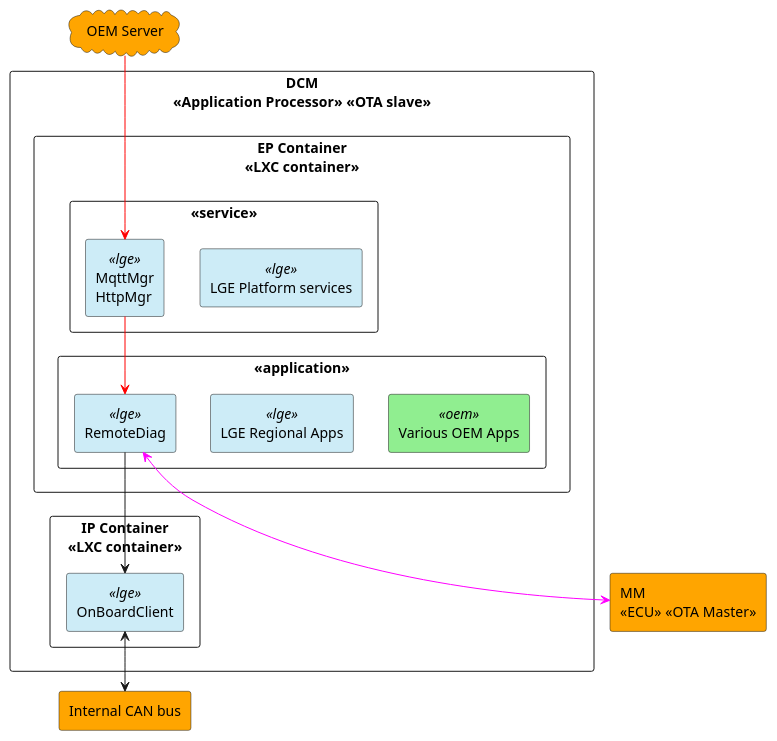
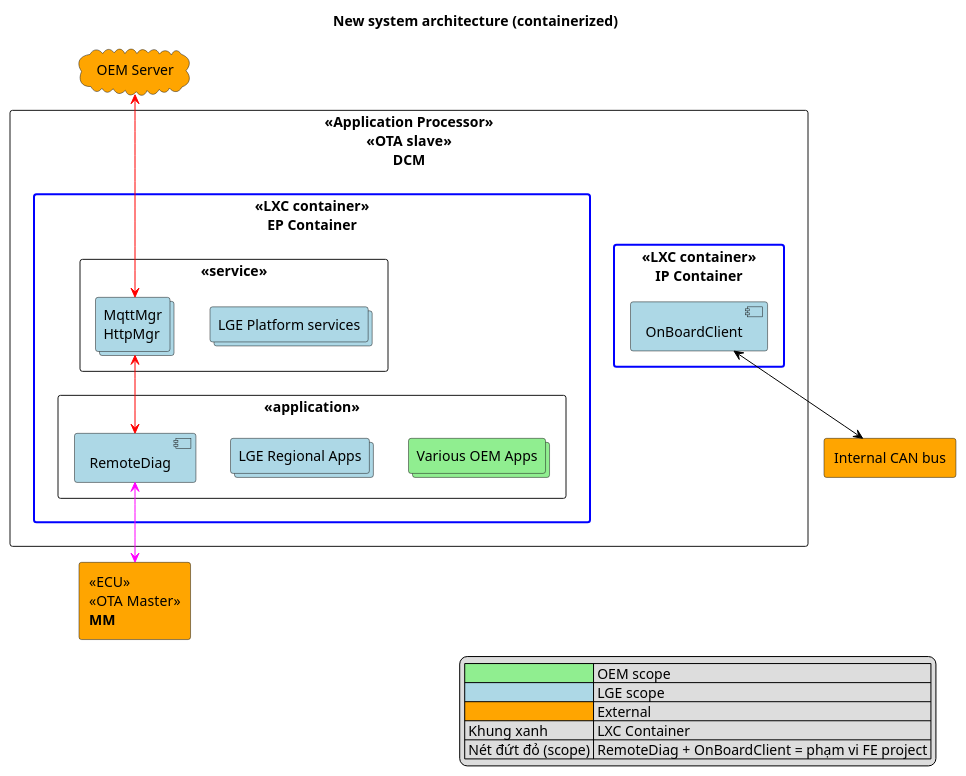
Before and after one commit to btqt/fe: the second of 8 diagrams in design/FE_phi.vu_Design of Secure Remote Diag on Container Separation Architecture_3rd.md, drawn with PlantUML. The commit also changed other lines of this file and 3 other files, not shown here.

````diff
--- a/design/FE_phi.vu_Design of Secure Remote Diag on Container Separation Architecture_3rd.md
+++ b/design/FE_phi.vu_Design of Secure Remote Diag on Container Separation Architecture_3rd.md
@@ -70,38 +99,39 @@
 ```plantuml
-@startuml
-skinparam componentStyle uml2
-skinparam rectangle {
-  BackgroundColor<<lge>> #CDECF7
-  BackgroundColor<<oem>> #90EE90
-  BackgroundColor<<ext>> #FFA500
+@startuml new_architecture
+title New system architecture (containerized)
+
+cloud "OEM Server" as OEM #Orange
+rectangle "<<ECU>>\n<<OTA Master>>\n**MM**" as MM #Orange
+rectangle "Internal CAN bus" as CAN #Orange
+
+rectangle "<<Application Processor>>\n<<OTA slave>>\n**DCM**" as DCM {
+    rectangle "<<LXC container>>\n**EP Container**" as EP #line:Blue;line.bold {
+        rectangle "<<application>>" as APP_LAYER {
+            collections "Various OEM Apps" as OEMAPP #LightGreen
+            collections "LGE Regional Apps" as REGAPP #LightBlue
+            component "RemoteDiag" as RDG #LightBlue
+        }
+        rectangle "<<service>>" as SVC_LAYER {
+            collections "LGE Platform services" as PLAT #LightBlue
+            collections "MqttMgr\nHttpMgr" as COMM #LightBlue
+        }
+    }
+    rectangle "<<LXC container>>\n**IP Container**" as IP #line:Blue;line.bold {
+        component "OnBoardClient" as OBC #LightBlue
+    }
 }
 
-cloud "OEM Server" as OEM #FFA500
+OEM <-[#red]-> COMM
+COMM <-[#red]-> RDG
+RDG <-[#magenta]-> MM
+OBC <-[#black]-> CAN
 
-rectangle "DCM\n<<Application Processor>> <<OTA slave>>" {
-  rectangle "EP Container\n<<LXC container>>" {
-    rectangle "<<application>>" {
-      rectangle "Various OEM Apps" <<oem>>
-      rectangle "LGE Regional Apps" <<lge>>
-      rectangle "RemoteDiag" <<lge>>
-    }
-    rectangle "<<service>>" {
-      rectangle "LGE Platform services" <<lge>>
-      rectangle "MqttMgr\nHttpMgr" <<lge>>
-    }
-  }
-  rectangle "IP Container\n<<LXC container>>" {
-    rectangle "OnBoardClient" <<lge>>
-  }
-}
-
-rectangle "MM\n<<ECU>> <<OTA Master>>" as MM #FFA500
-rectangle "Internal CAN bus" as CAN #FFA500
-
-OEM -[#red]-> "MqttMgr\nHttpMgr"
-"MqttMgr\nHttpMgr" -[#red]-> RemoteDiag
-RemoteDiag <-[#magenta]-> MM
-RemoteDiag --> OnBoardClient
-OnBoardClient <--> CAN
+legend right
+|<#LightGreen>| OEM scope |
+|<#LightBlue>| LGE scope |
+|<#Orange>| External |
+| Khung xanh | LXC Container |
+| Nét đứt đỏ (scope) | RemoteDiag + OnBoardClient = phạm vi FE project |
+endlegend
 @enduml
 ```
````
